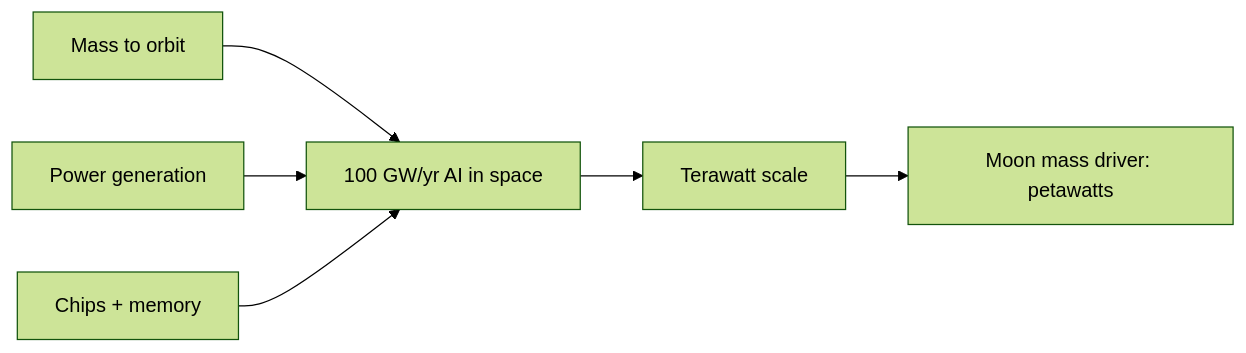
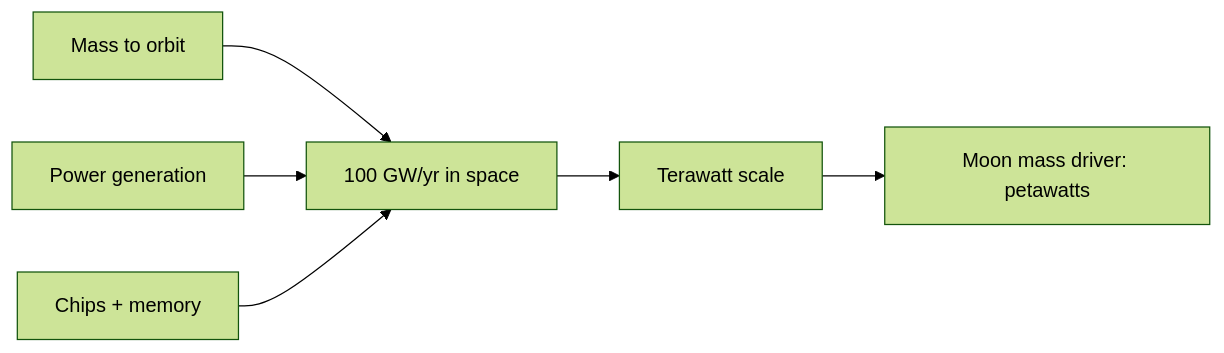
Before and after one commit to jrajath94/ai-podcast-curriculum: the first of 2 diagrams in content/tracks/dwarkesh-patel/ep01.md, drawn with Mermaid (forest theme). The commit also changed other lines of this file, not shown here.

````diff
--- a/content/tracks/dwarkesh-patel/ep01.md
+++ b/content/tracks/dwarkesh-patel/ep01.md
@@ -80,8 +91,8 @@
 ```mermaid
 graph LR
-    A[Mass to orbit] --> D[100 GW/yr AI in space]
+    A[Mass to orbit] --> D[100 GW/yr in space]
     B[Power generation] --> D
     C[Chips + memory] --> D
     D --> E[Terawatt scale]
     E --> F[Moon mass driver: petawatts]
 ```
````
